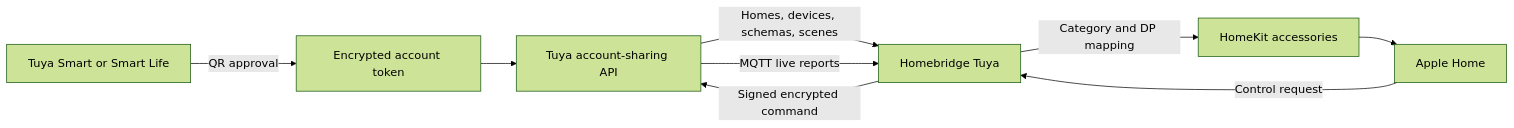
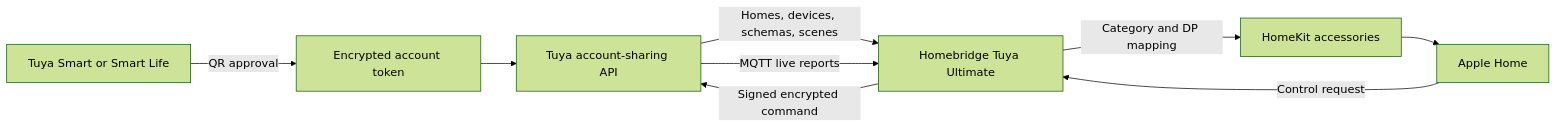
Before and after one commit to tharunpkarun/homebridge-tuya-ultimate: the diagram in README.md, drawn with Mermaid (forest theme). The commit also changed other lines of this file and 8 other files, not shown here.

Commit message:
Rename project to Homebridge Tuya Ultimate

````diff
--- a/README.md
+++ b/README.md
@@ -120,11 +117,11 @@
 ```mermaid
 flowchart LR
   A[Tuya Smart or Smart Life] -->|QR approval| B[Encrypted account token]
   B --> C[Tuya account-sharing API]
-  C -->|Homes, devices, schemas, scenes| D[Homebridge Tuya]
+  C -->|Homes, devices, schemas, scenes| D[Homebridge Tuya Ultimate]
   C -->|MQTT live reports| D
   D -->|Category and DP mapping| E[HomeKit accessories]
   E --> F[Apple Home]
   F -->|Control request| D
   D -->|Signed encrypted command| C
 ```
````
